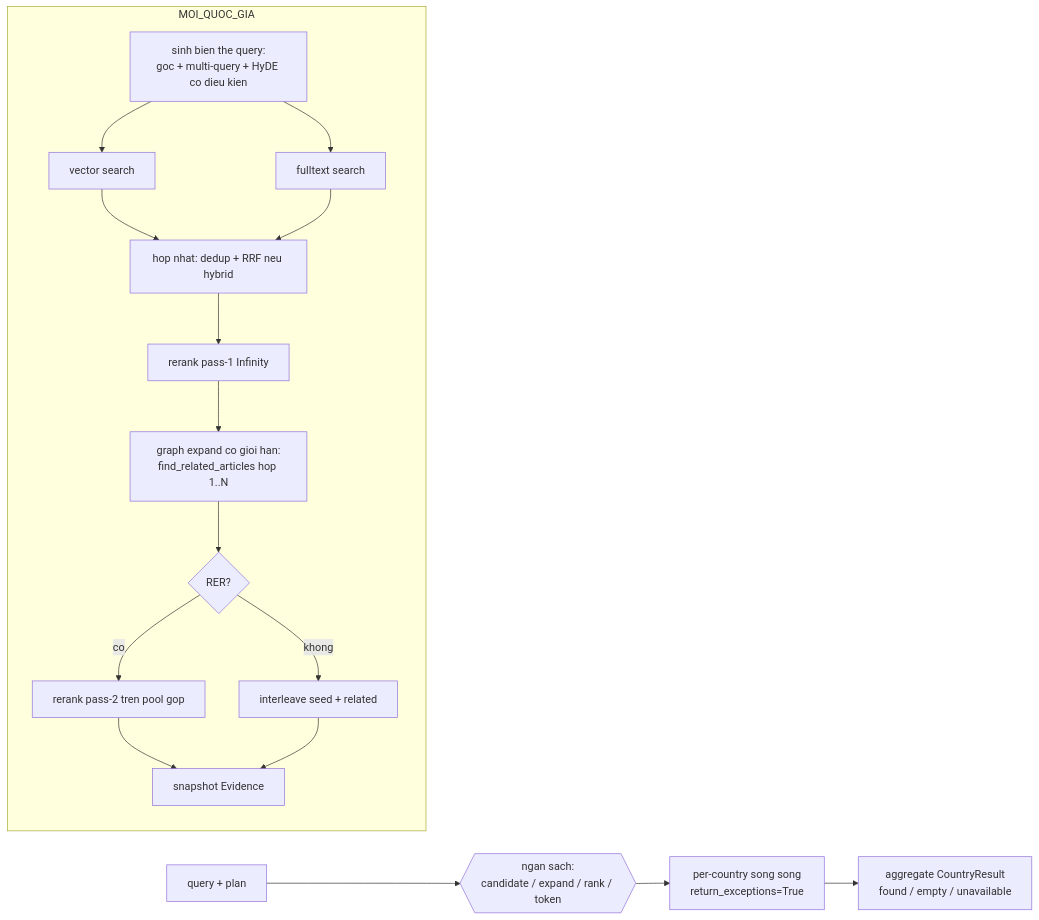
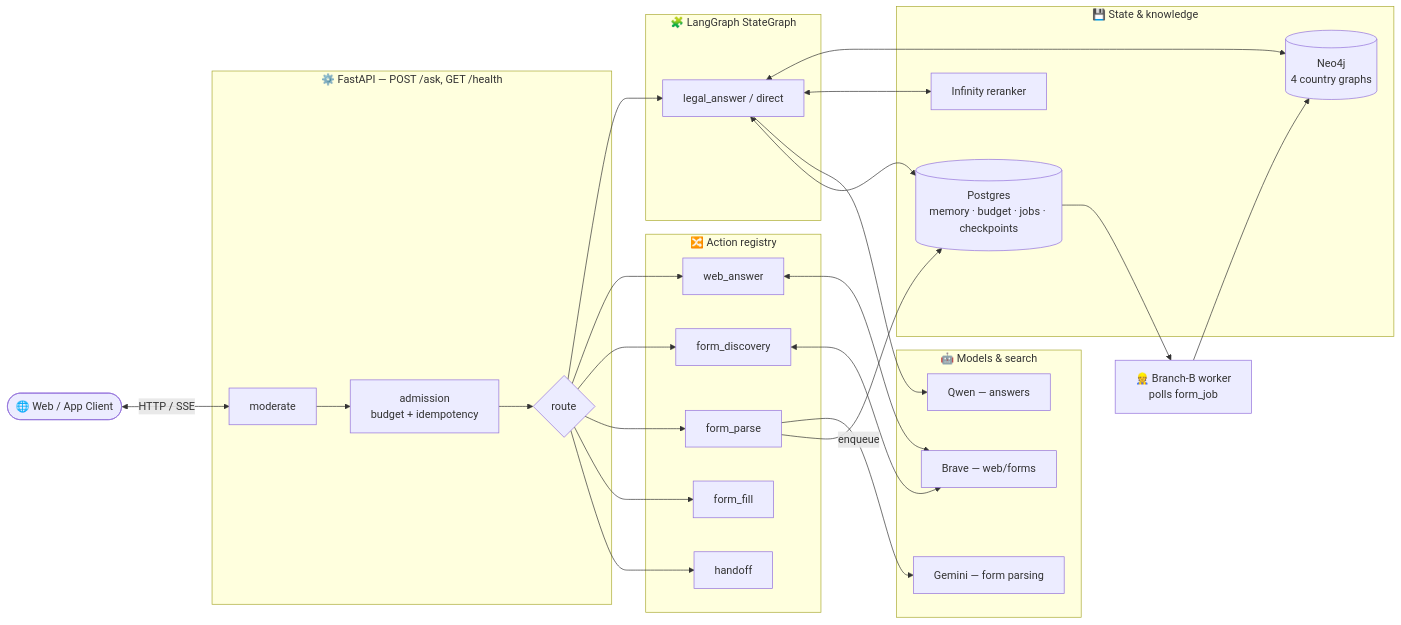
Before and after one commit to haiphong-0132/temp: the first of 5 diagrams in README.md, drawn with Mermaid. The commit also changed other lines of this file, not shown here.

````diff
--- a/README.md
+++ b/README.md
@@ -394,20 +23,51 @@
 ```mermaid
 flowchart LR
-  Q[query + plan] --> B{{ngan sach:<br/>candidate / expand / rank / token}}
-  B --> PC[per-country song song<br/>return_exceptions=True]
-  subgraph MOI_QUOC_GIA
-    direction TB
-    VAR[sinh bien the query:<br/>goc + multi-query + HyDE co dieu kien] --> VEC[vector search]
-    VAR --> FT[fulltext search]
-    VEC --> MERGE[hop nhat: dedup + RRF neu hybrid]
-    FT --> MERGE
-    MERGE --> RERANK[rerank pass-1 Infinity]
-    RERANK --> EXP[graph expand co gioi han:<br/>find_related_articles hop 1..N]
-    EXP --> RR2{RER?}
-    RR2 -->|co| RERANK2[rerank pass-2 tren pool gop]
-    RR2 -->|khong| INTERLEAVE[interleave seed + related]
-    RERANK2 --> SNAP[snapshot Evidence]
-    INTERLEAVE --> SNAP
-  end
-  PC --> AGG[aggregate CountryResult<br/>found / empty / unavailable]
+    UI([🌐 Web / App Client])
+
+    subgraph API["⚙️ FastAPI — POST /ask, GET /health"]
+        MOD[moderate]
+        ADM[admission<br/>budget + idempotency]
+        ROUTE{route}
+    end
+
+    subgraph GRAPH["🧩 LangGraph StateGraph"]
+        LA[legal_answer / direct]
+    end
+
+    subgraph REG["🔀 Action registry"]
+        WEB[web_answer]
+        FD[form_discovery]
+        FP[form_parse]
+        FF[form_fill]
+        HO[handoff]
+    end
+
+    subgraph DATA["💾 State & knowledge"]
+        NEO[(Neo4j<br/>4 country graphs)]
+        PG[(Postgres<br/>memory · budget · jobs · checkpoints)]
+        INF[Infinity reranker]
+    end
+
+    subgraph LLM["🤖 Models & search"]
+        QWEN[Qwen — answers]
+        GEM[Gemini — form parsing]
+        BRAVE[Brave — web/forms]
+    end
+
+    WK[👷 Branch-B worker<br/>polls form_job]
+
+    UI <-->|HTTP / SSE| MOD --> ADM --> ROUTE
+    ROUTE --> LA
+    ROUTE --> WEB & FD & FP & FF & HO
+
+    LA <--> NEO
+    LA <--> INF
+    LA --> QWEN
+    LA <--> PG
+    WEB <--> BRAVE
+    FD <--> BRAVE
+    FP --> GEM
+    FP -->|enqueue| PG
+    PG --> WK
+    WK --> NEO
 ```
````
